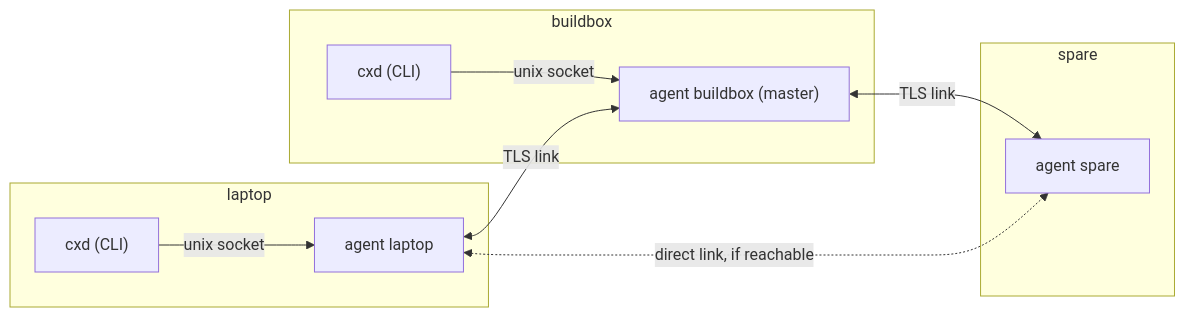
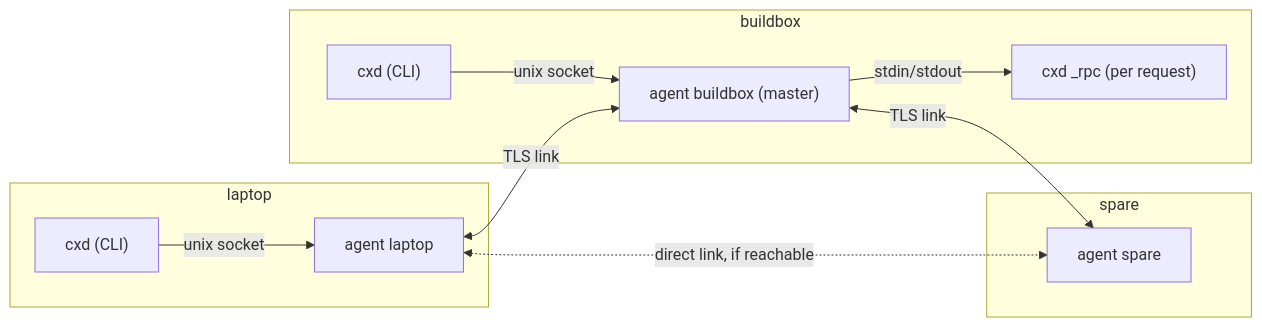
Before and after one commit to guuslangelaar0/cswap-cross-device: the diagram in docs/design/broker.md, drawn with Mermaid. The commit also changed other lines of this file, not shown here.

````diff
--- a/docs/design/broker.md
+++ b/docs/design/broker.md
@@ -46,16 +47,17 @@
 ```mermaid
 flowchart LR
   subgraph laptop
     CLI1["cxd (CLI)"] -- "unix socket" --> A1["agent laptop"]
   end
   subgraph buildbox
     A2["agent buildbox (master)"]
     CLI2["cxd (CLI)"] -- "unix socket" --> A2
+    A2 -- "stdin/stdout" --> R2["cxd _rpc (per request)"]
   end
   subgraph spare
     A3["agent spare"]
   end
   A1 <-- "TLS link" --> A2
   A2 <-- "TLS link" --> A3
   A1 <-. "direct link, if reachable" .-> A3
 ```
````
